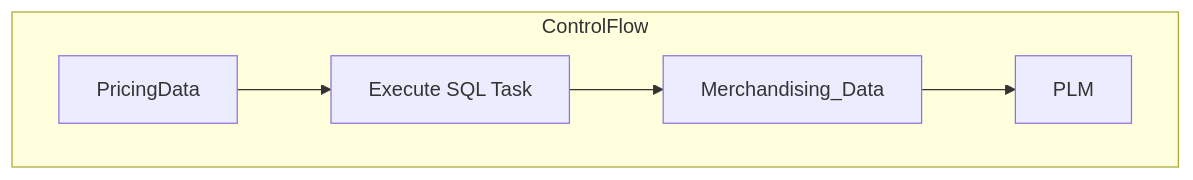
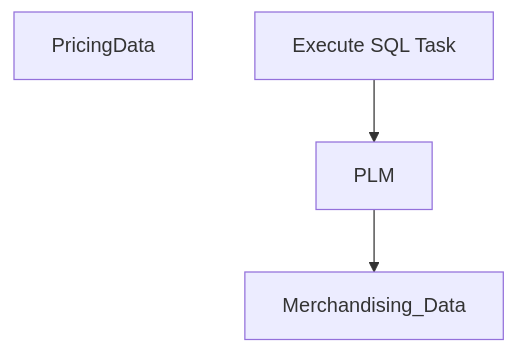
The diagram in bab-docs-explorer/Documentation/STL-SSIS-P-01/SSIS/SSIS/PricingData.PricingData.md (juanandresbrain/BABSkills), drawn with Mermaid before and after one commit. The commit also changed other lines of this file and 273 other files, not shown here.

````diff
--- a/bab-docs-explorer/Documentation/STL-SSIS-P-01/SSIS/SSIS/PricingData.PricingData.md
+++ b/bab-docs-explorer/Documentation/STL-SSIS-P-01/SSIS/SSIS/PricingData.PricingData.md
@@ -9,12 +31,9 @@
 ```mermaid
 flowchart TD
-    subgraph ControlFlow
-        PricingData_task["PricingData"]
-        Execute_SQL_Task_task["Execute SQL Task"]
-        PricingData_task --> Execute_SQL_Task_task
-        Merchandising_Data_task["Merchandising_Data"]
-        Execute_SQL_Task_task --> Merchandising_Data_task
-        PLM_task["PLM"]
-        Merchandising_Data_task --> PLM_task
-    end
+    n_Package["PricingData"]
+    n_Package_Execute_SQL_Task["Execute SQL Task"]
+    n_Package_Merchandising_Data["Merchandising_Data"]
+    n_Package_PLM["PLM"]
+    n_Package_Execute_SQL_Task --> n_Package_PLM
+    n_Package_PLM --> n_Package_Merchandising_Data
 ```
````
